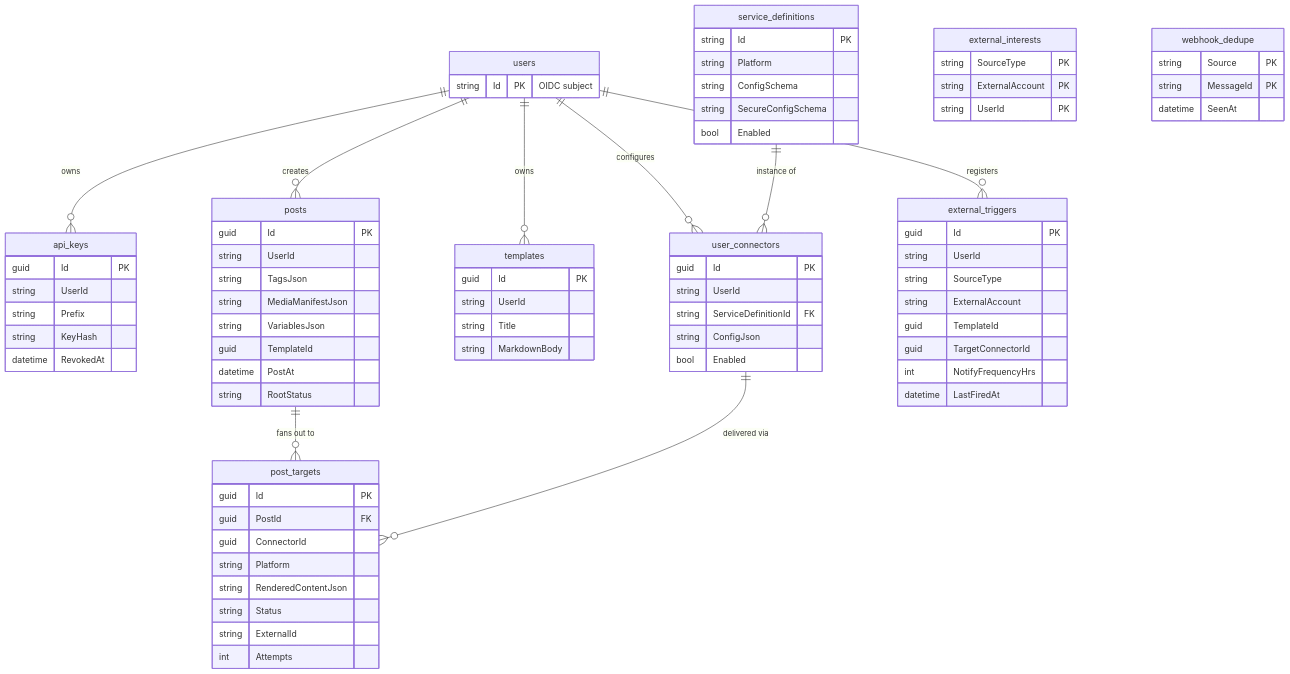
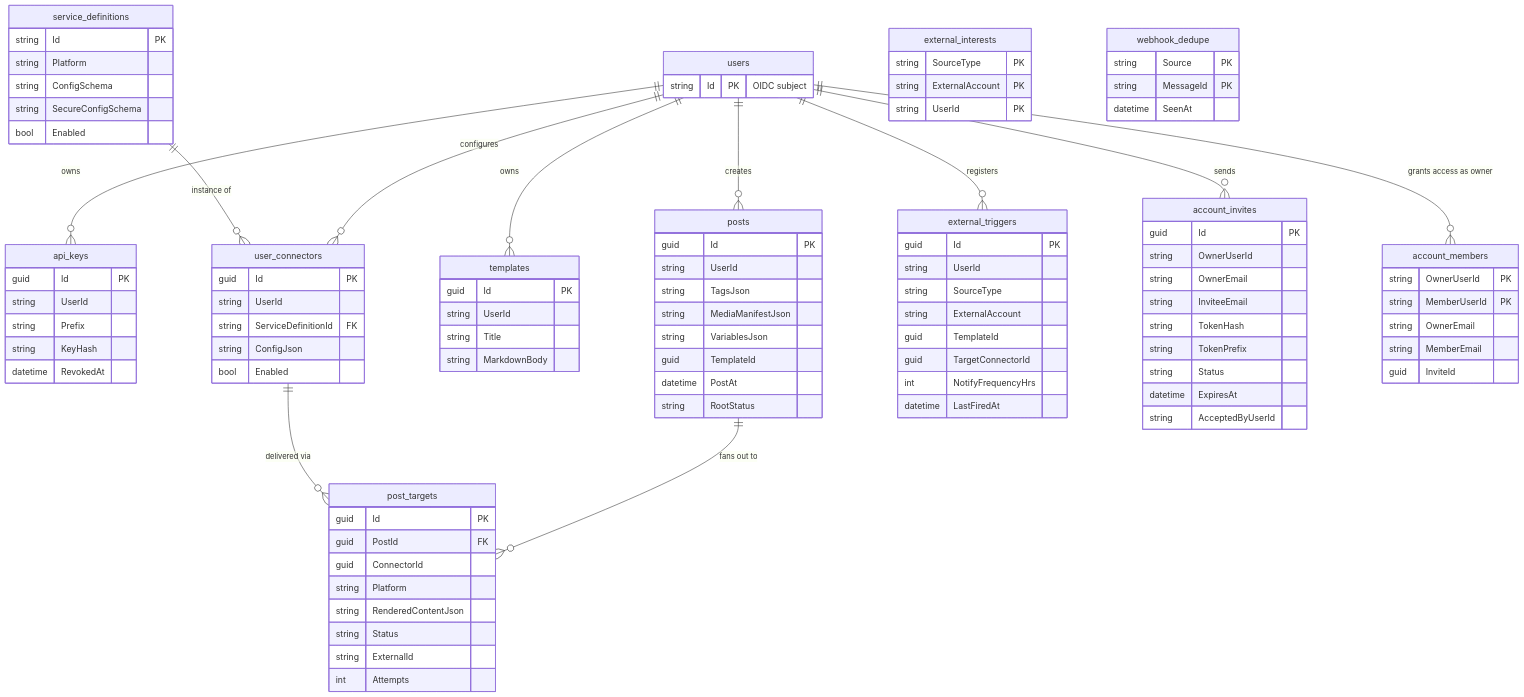
The third of 7 diagrams in docs/ARCHITECTURE.md (PostyFox/postyfox-core), drawn with Mermaid before and after one commit. The commit also changed other lines of this file and 39 other files, not shown here.

First line of the commit message:
feat: Ability to invite other users to your account

````diff
--- a/docs/ARCHITECTURE.md
+++ b/docs/ARCHITECTURE.md
@@ -134,6 +134,8 @@
     users ||--o{ templates : owns
     users ||--o{ posts : creates
     users ||--o{ external_triggers : registers
+    users ||--o{ account_invites : sends
+    users ||--o{ account_members : "grants access as owner"
     service_definitions ||--o{ user_connectors : "instance of"
     posts ||--o{ post_targets : "fans out to"
     user_connectors ||--o{ post_targets : "delivered via"
@@ -208,4 +210,22 @@
         string MessageId PK
         datetime SeenAt
     }
+    account_invites {
+        guid Id PK
+        string OwnerUserId
+        string OwnerEmail
+        string InviteeEmail
+        string TokenHash
+        string TokenPrefix
+        string Status
+        datetime ExpiresAt
+        string AcceptedByUserId
+    }
+    account_members {
+        string OwnerUserId PK
+        string MemberUserId PK
+        string OwnerEmail
+        string MemberEmail
+        guid InviteId
+    }
 ```
````
